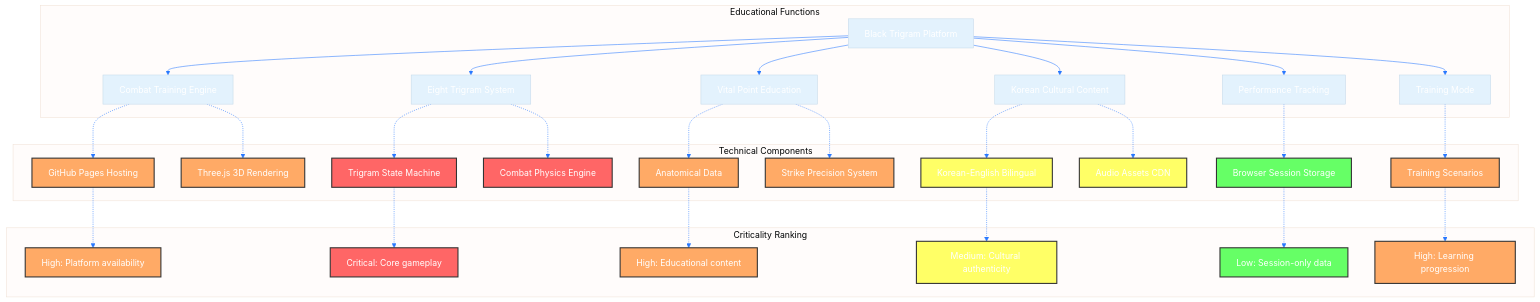
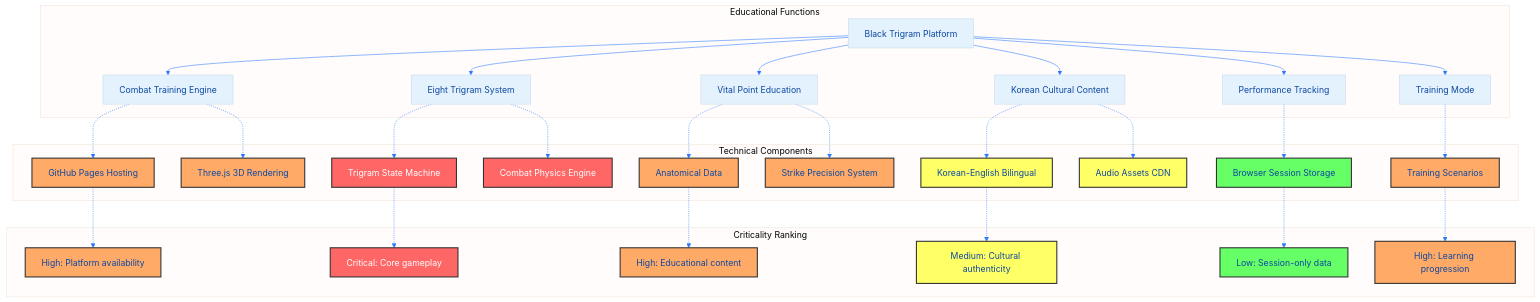
The third of 7 diagrams in BCPPlan.md (Hack23/blacktrigram), drawn with Mermaid before and after one commit. The commit also changed other lines of this file and 1 other file, not shown here.

First line of the commit message:
fix: improve text contrast for light primaryColor backgrounds in BCPPlan and FUTURE_THREAT_MODEL

````diff
--- a/BCPPlan.md
+++ b/BCPPlan.md
@@ -205,53 +205,53 @@
 ```mermaid
 %%{
   init: {
     'theme': 'base',
     'themeVariables': {
       'primaryColor': '#e3f2fd',
-      'primaryTextColor': '#fff',
+      'primaryTextColor': '#0d47a1',
       'lineColor': '#2979FF'
     }
   }
 }%%
 graph TB
     subgraph "Educational Functions"
         A[Black Trigram Platform] --> B[Combat Training Engine]
         A --> C[Eight Trigram System]
         A --> D[Vital Point Education]
         A --> E[Korean Cultural Content]
         A --> F[Performance Tracking]
         A --> G[Training Mode]
     end
 
     subgraph "Technical Components"
         B -.-> B1[GitHub Pages Hosting]
         B -.-> B2[Three.js 3D Rendering]
         C -.-> C1[Trigram State Machine]
         C -.-> C2[Combat Physics Engine]
         D -.-> D1[Anatomical Data]
         D -.-> D2[Strike Precision System]
         E -.-> E1[Korean-English Bilingual]
         E -.-> E2[Audio Assets CDN]
         F -.-> F1[Browser Session Storage]
         G -.-> G1[Training Scenarios]
     end
 
     subgraph "Criticality Ranking"
         B1 -.-> CR1[High: Platform availability]
         C1 -.-> CR2[Critical: Core gameplay]
         D1 -.-> CR3[High: Educational content]
         E1 -.-> CR4[Medium: Cultural authenticity]
         F1 -.-> CR5[Low: Session-only data]
         G1 -.-> CR6[High: Learning progression]
     end
 
     classDef critical fill:#ff6666,stroke:#333,stroke-width:2px,color:white;
     classDef high fill:#ffaa66,stroke:#333,stroke-width:2px;
     classDef medium fill:#ffff66,stroke:#333,stroke-width:2px;
     classDef low fill:#66ff66,stroke:#333,stroke-width:2px;
 
     class C1,C2,CR2 critical;
     class B1,B2,D1,D2,G1,CR1,CR3,CR6 high;
     class E1,E2,CR4 medium;
     class F1,CR5 low;
 ```
````
